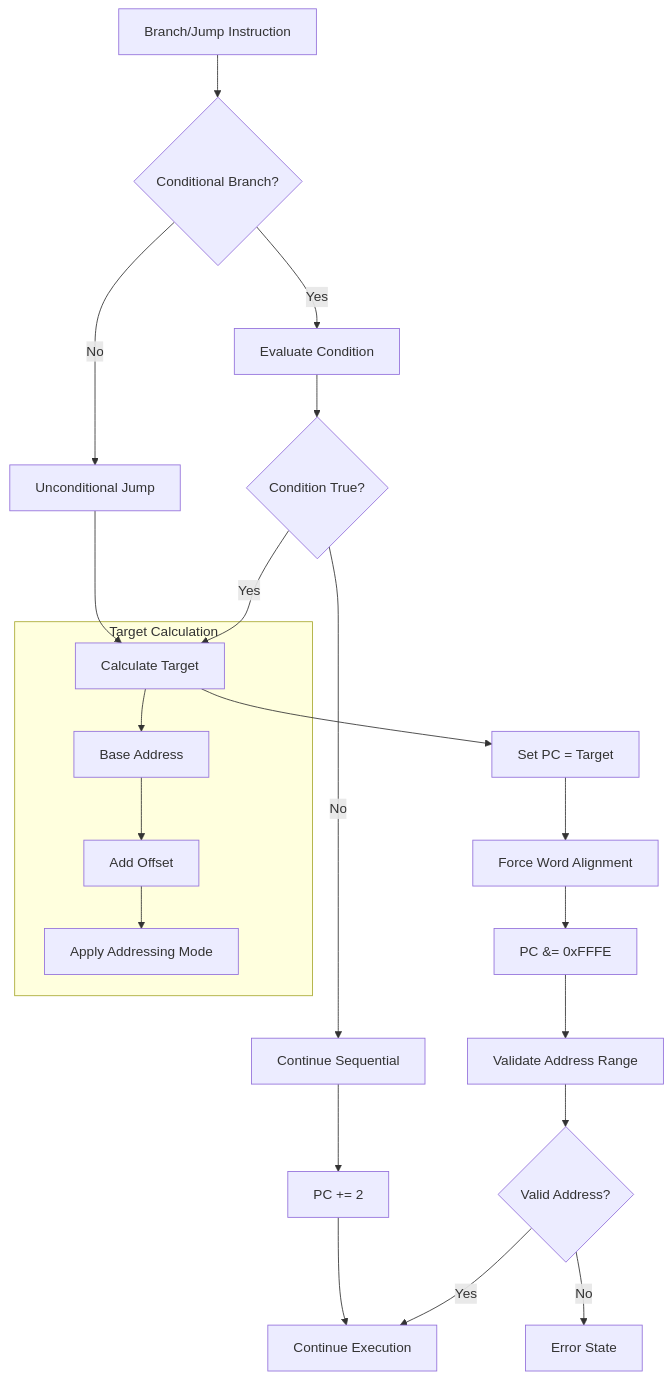
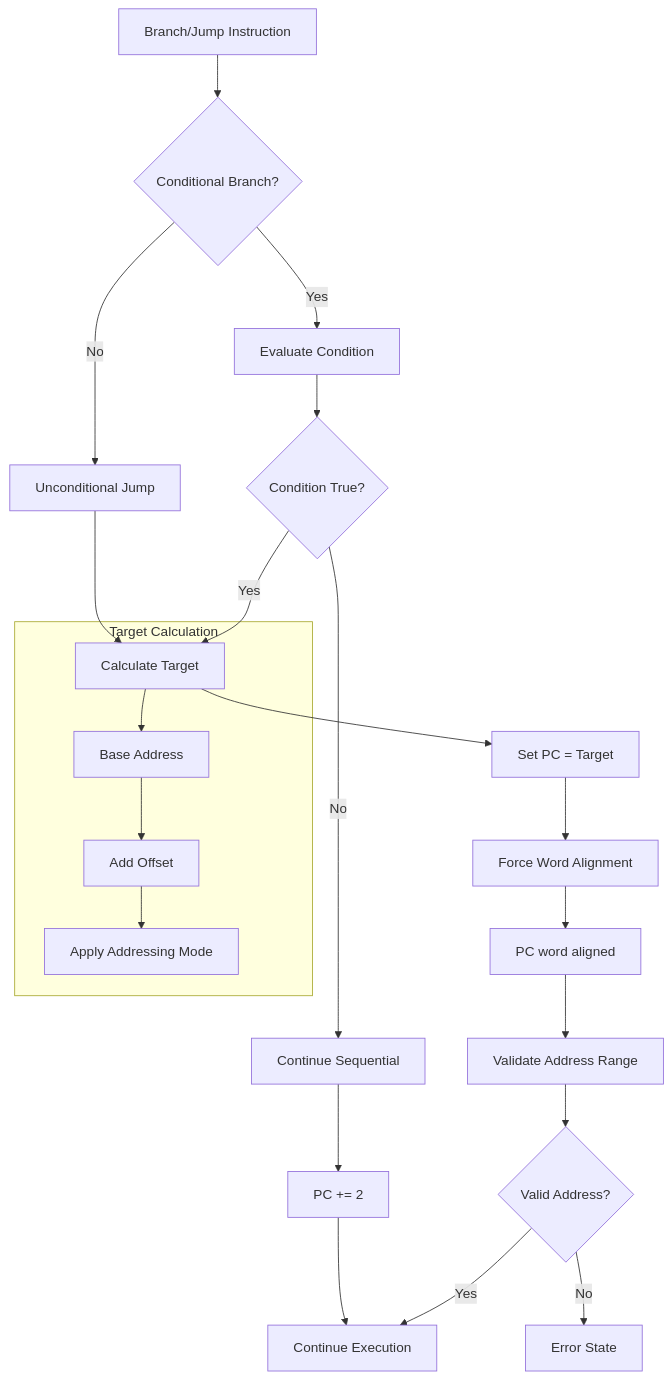
Before and after one commit to grahame-white/ai_msp430_emulator: the fourth of 10 diagrams in docs/diagrams/cpu/pc_state_transitions.md, drawn with Mermaid. The commit also changed other lines of this file, not shown here.

Commit message:
Fix remaining Mermaid diagram parsing errors by removing bitwise operators and complex expressions from node labels

````diff
--- a/docs/diagrams/cpu/pc_state_transitions.md
+++ b/docs/diagrams/cpu/pc_state_transitions.md
@@ -148,29 +148,29 @@
 ```mermaid
 flowchart TD
     A[Branch/Jump Instruction] --> B{Conditional Branch?}
     B -->|Yes| C[Evaluate Condition]
     B -->|No| D[Unconditional Jump]
     
     C --> E{Condition True?}
     E -->|Yes| F[Calculate Target]
     E -->|No| G[Continue Sequential]
     
     D --> F
     F --> H[Set PC = Target]
     H --> I[Force Word Alignment]
-    I --> J[PC &= 0xFFFE]
+    I --> J[PC word aligned]
     J --> K[Validate Address Range]
     K --> L{Valid Address?}
     L -->|Yes| M[Continue Execution]
     L -->|No| N[Error State]
     
     G --> O[PC += 2]
     O --> M
     
     subgraph "Target Calculation"
         F --> F1[Base Address]
         F1 --> F2[Add Offset]
         F2 --> F3[Apply Addressing Mode]
     end
 
 ```
````
